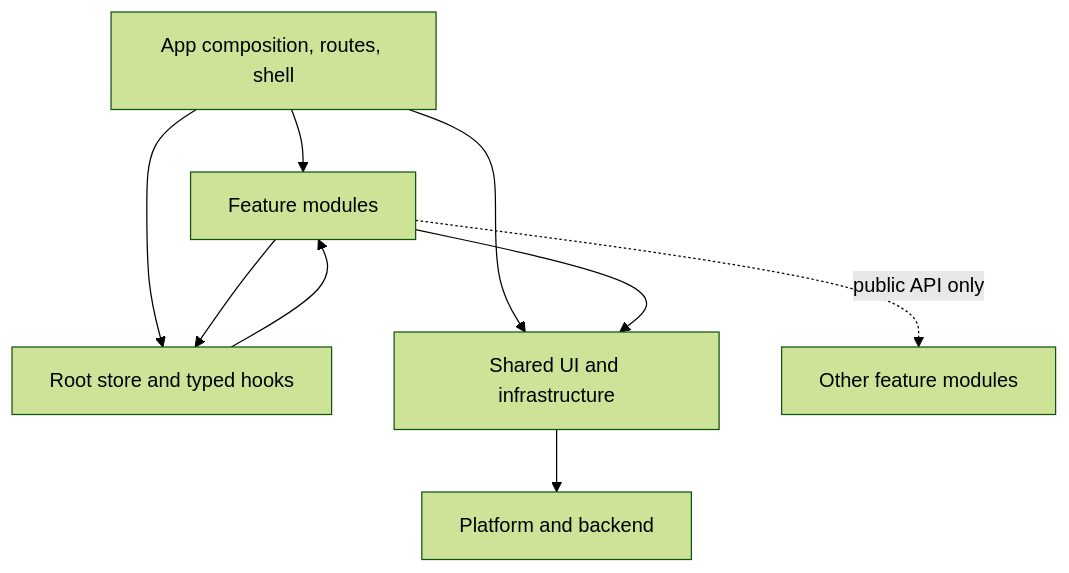
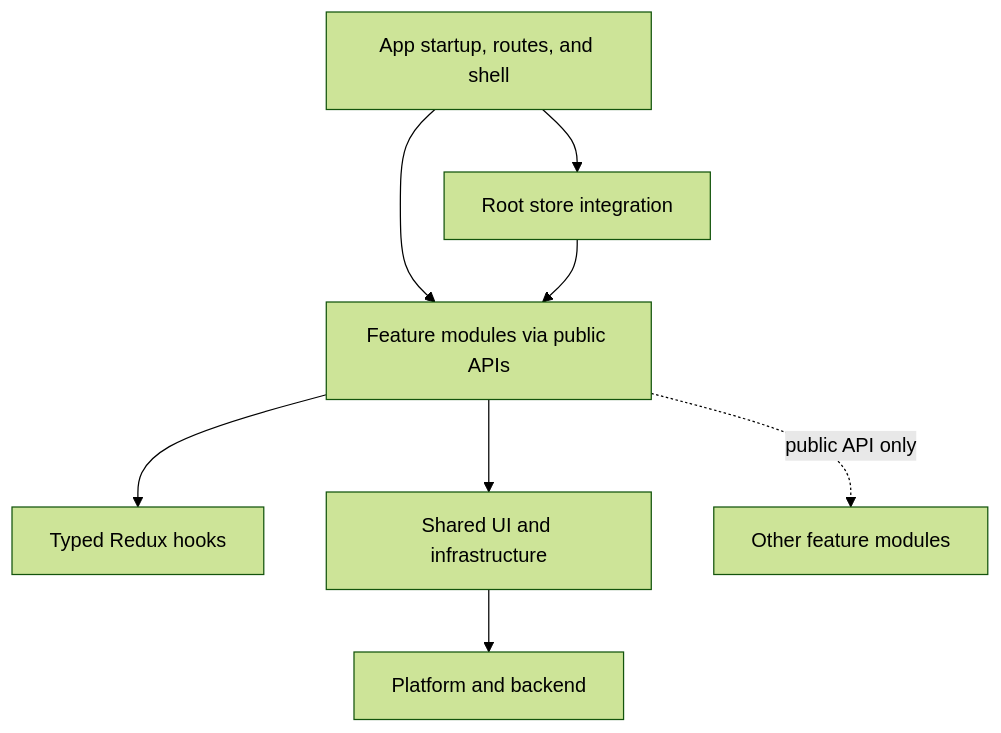
Before and after one commit to muhsintt777/xpen-rn: the diagram in README.md, drawn with Mermaid (forest theme). The commit also changed other lines of this file and 9 other files, not shown here.

````diff
--- a/README.md
+++ b/README.md
@@ -19,11 +19,10 @@
 ```mermaid
 flowchart TD
-	App[App composition, routes, shell] --> Features[Feature modules]
-	App --> Store[Root store and typed hooks]
-	Store --> Features
-	App --> Shared[Shared UI and infrastructure]
-	Features --> Shared
-	Features --> Store
-	Features -. public API only .-> OtherFeatures[Other feature modules]
-	Shared --> External[Platform and backend]
+    App[App startup, routes, and shell] --> Store[Root store integration]
+    App --> Features[Feature modules via public APIs]
+    Store --> Features
+    Features --> StoreHooks[Typed Redux hooks]
+    Features --> Shared[Shared UI and infrastructure]
+    Features -. public API only .-> OtherFeatures[Other feature modules]
+    Shared --> External[Platform and backend]
 ```
````
